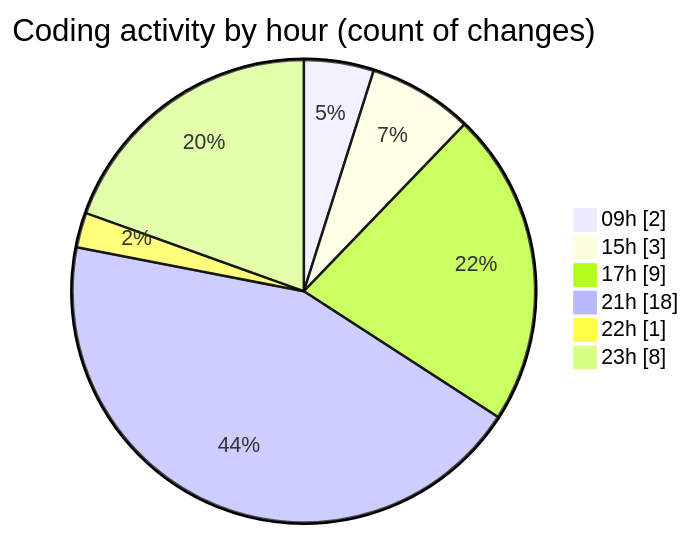
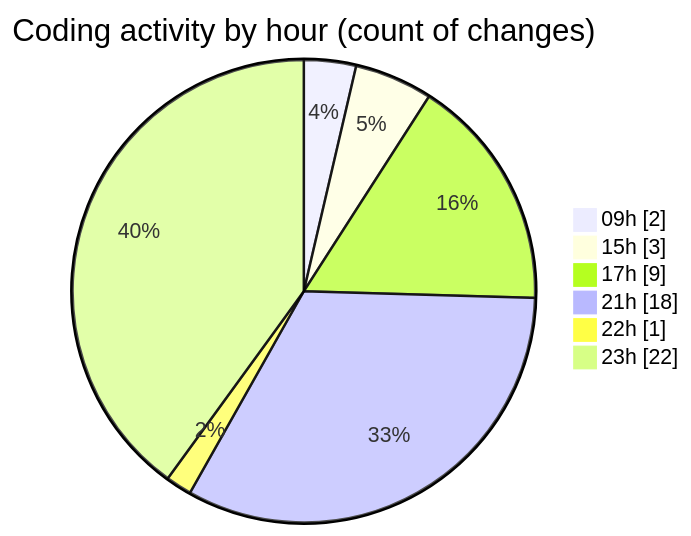
The second of 2 diagrams in 2025-10-20/eventscop-frontend-guide__workspace_/README.md (julien-gomy/code-tracking), drawn with Mermaid before and after one commit. The commit also changed other lines of this file and 1 other file, not shown here.

````diff
--- a/2025-10-20/eventscop-frontend-guide__workspace_/README.md
+++ b/2025-10-20/eventscop-frontend-guide__workspace_/README.md
@@ -44,10 +46,10 @@
 ```mermaid
 pie showData
 title Coding activity by hour (count of changes)
 "09h" : 2
 "15h" : 3
 "17h" : 9
 "21h" : 18
 "22h" : 1
-"23h" : 8
+"23h" : 22
 ```
````
